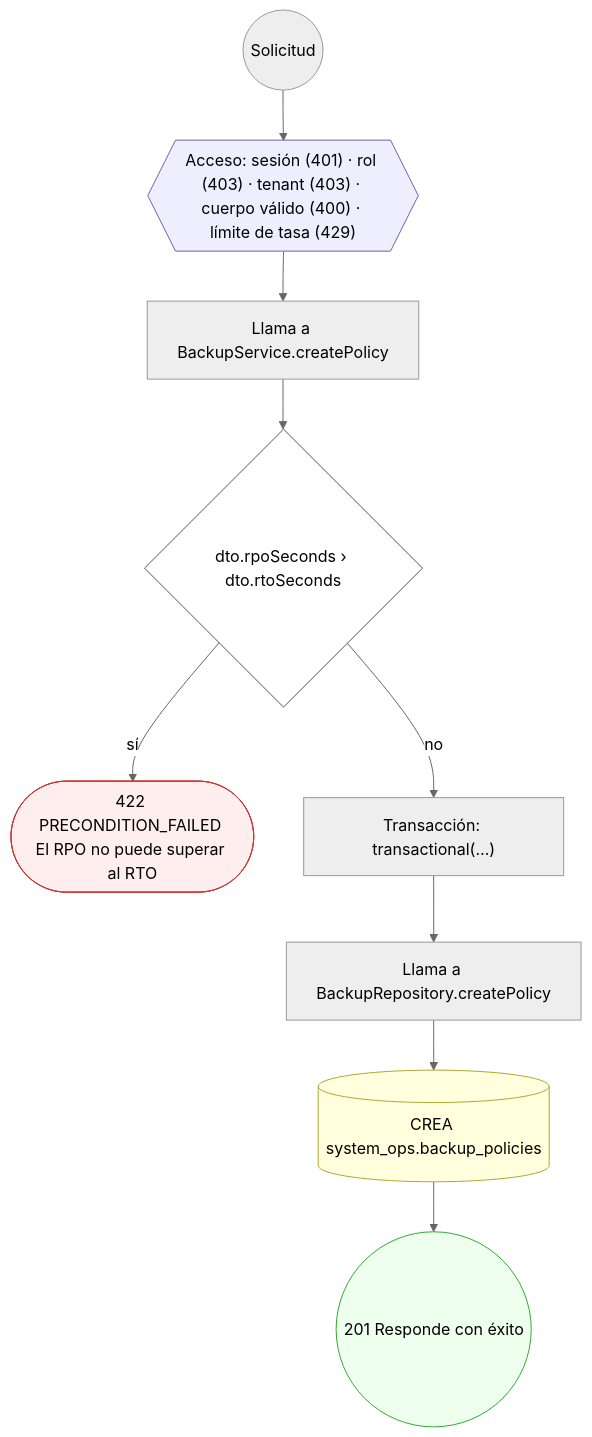
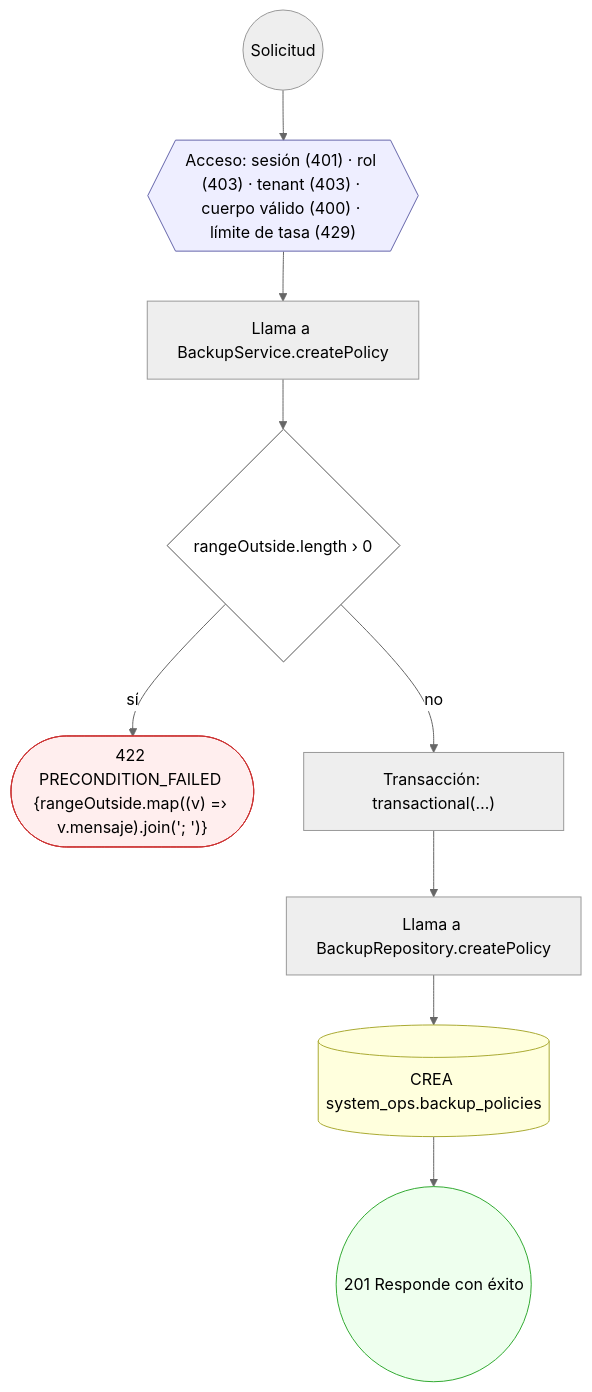
One commit to mdavila-2001/mantra-core-health-api changed diagram 22 of 24 in docs/inventario/flujos/system_ops.md. Above: the diagram before and after it, drawn with Mermaid (neutral theme). The commit also changed other lines of this file and 451 other files, not shown here.

````diff
--- a/docs/inventario/flujos/system_ops.md
+++ b/docs/inventario/flujos/system_ops.md
@@ -1338,26 +1342,26 @@
 ```mermaid
 flowchart TD
   n1(("Solicitud")):::inicio
   n2{{"Acceso: sesión (401) · rol (403) · tenant (403) · cuerpo válido (400) · límite de tasa (429)"}}:::acceso
   n1 --> n2
   n3["Llama a BackupService.createPolicy"]:::llamada
   n2 --> n3
-  n4{"dto.rpoSeconds › dto.rtoSeconds"}:::decision
+  n4{"rangeOutside.length › 0"}:::decision
   n3 --> n4
-  n5(["422 PRECONDITION_FAILED El RPO no puede superar al RTO"]):::error
+  n5(["422 PRECONDITION_FAILED {rangeOutside.map((v) =› v.mensaje).join('; ')}"]):::error
   n4 -->|"sí"| n5
   n6["Transacción: transactional(…)"]:::transaccion
   n4 -->|"no"| n6
   n7["Llama a BackupRepository.createPolicy"]:::llamada
   n6 --> n7
   n8[("CREA system_ops.backup_policies")]:::efecto
   n7 --> n8
   n9(("201 Responde con éxito")):::ok
   n8 --> n9
   classDef acceso fill:#eef,stroke:#66a
   classDef error fill:#fee,stroke:#c33
   classDef ok fill:#efe,stroke:#3a3
   classDef efecto fill:#ffd,stroke:#aa3
   classDef decision fill:#fff,stroke:#555
   classDef corte fill:#eee,stroke:#999,stroke-dasharray: 4
 ```
````
